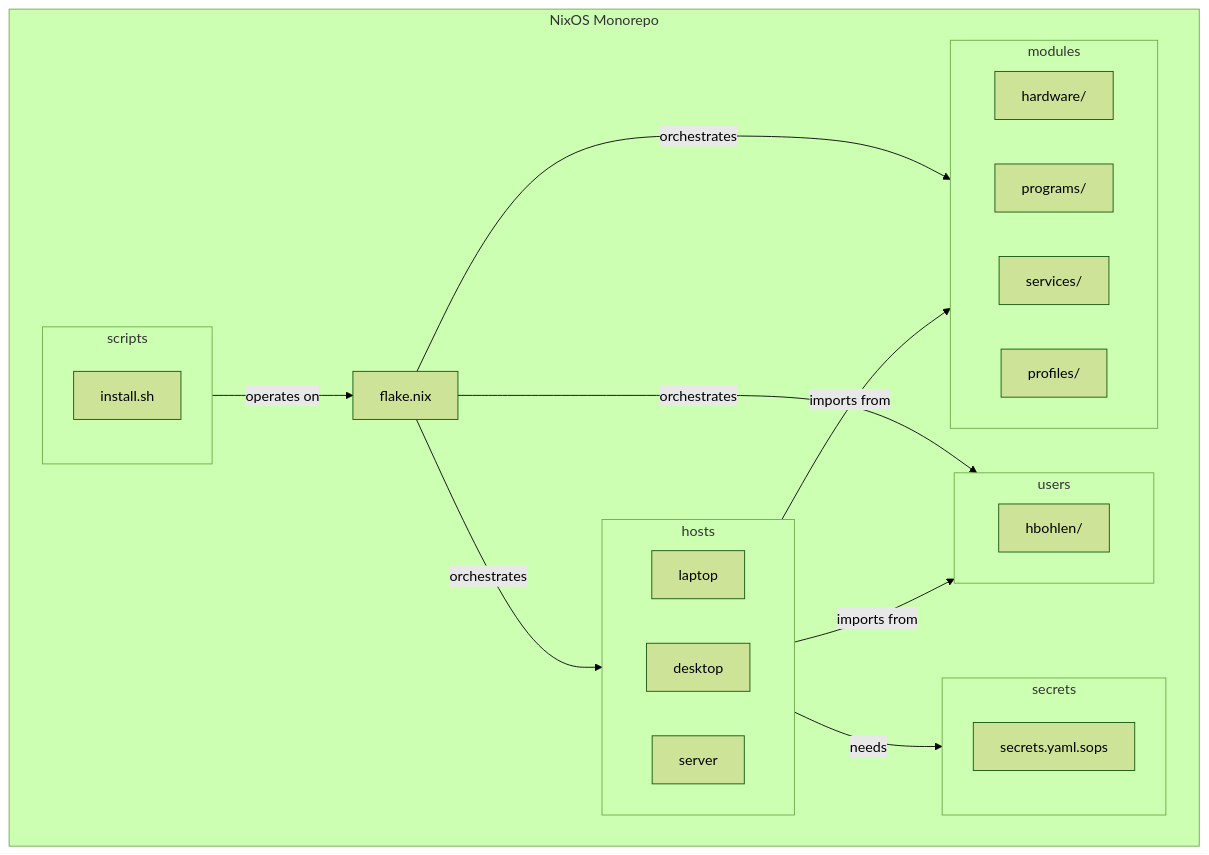
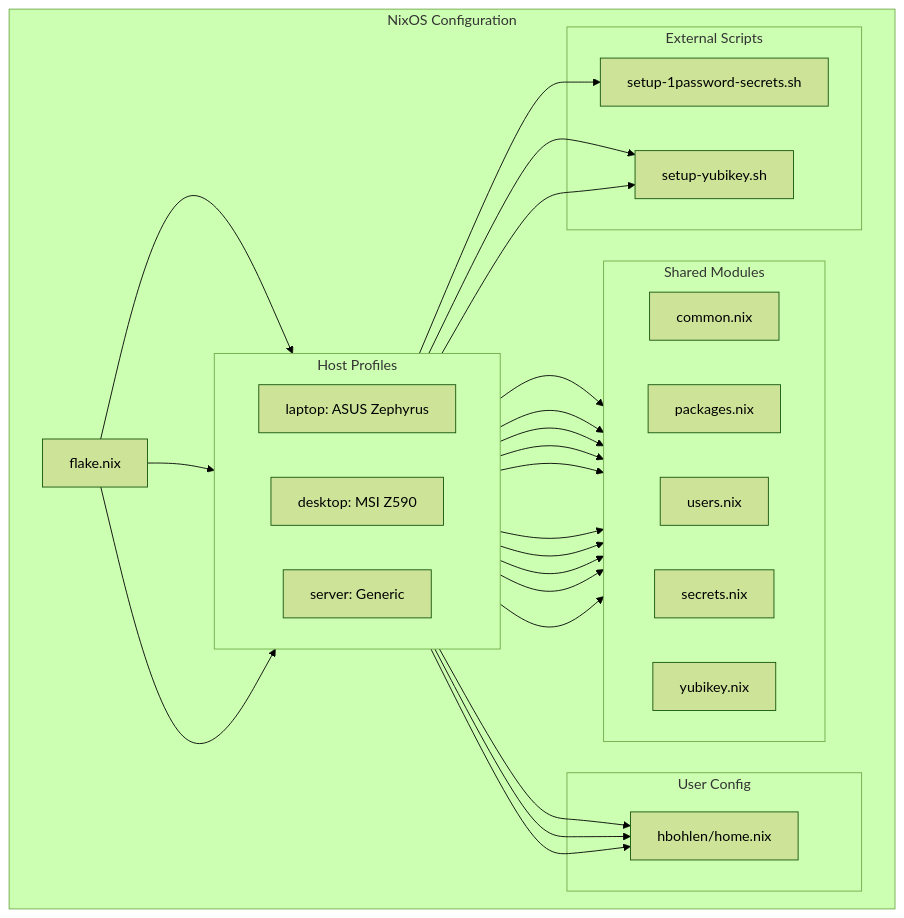
Before and after one commit to hbohlen/hbohlen-io: the second of 5 diagrams in docs/architecture.md, drawn with Mermaid (forest theme). The commit also changed other lines of this file and 20 other files, not shown here.

First line of the commit message:
Refactor NixOS architecture documentation and workflows

````diff
--- a/docs/architecture.md
+++ b/docs/architecture.md
@@ -143,44 +174,55 @@
 ```mermaid
 graph TD
-    subgraph "NixOS Monorepo"
+    subgraph "NixOS Configuration"
         A[flake.nix]
 
-        subgraph hosts
+        subgraph "Host Profiles"
             direction LR
-            H1[laptop]
-            H2[desktop]
-            H3[server]
+            H1[laptop: ASUS Zephyrus]
+            H2[desktop: MSI Z590]
+            H3[server: Generic]
         end
 
-        subgraph modules
+        subgraph "Shared Modules"
             direction LR
-            M1[hardware/]
-            M2[programs/]
-            M3[services/]
-            M4[profiles/]
+            M1[common.nix]
+            M2[packages.nix]
+            M3[users.nix]
+            M4[secrets.nix]
+            M5[yubikey.nix]
         end
 
-        subgraph users
-            direction LR
-            U1[hbohlen/]
+        subgraph "User Config"
+            U1[hbohlen/home.nix]
         end
 
-        subgraph secrets
-            S1[secrets.yaml.sops]
+        subgraph "External Scripts"
+            S1[setup-1password-secrets.sh]
+            S2[setup-yubikey.sh]
         end
 
-        subgraph scripts
-            SC1[install.sh]
-        end
+        A --> H1
+        A --> H2
+        A --> H3
 
-        A -- orchestrates --> hosts
-        A -- orchestrates --> modules
-        A -- orchestrates --> users
+        H1 --> M1
+        H1 --> M2
+        H1 --> M3
+        H1 --> U1
 
-        hosts -- imports from --> modules
-        hosts -- imports from --> users
-        H3 -- needs --> secrets
+        H2 --> M1
+        H2 --> M2
+        H2 --> M3
+        H2 --> U1
 
-        scripts -- operates on --> A
+        H3 --> M1
+        H3 --> M2
+        H3 --> M3
+        H3 --> M4
+        H3 --> U1
+
+        H1 --> S2
+        H2 --> S2
+        H3 --> S1
     end
 ```
````
